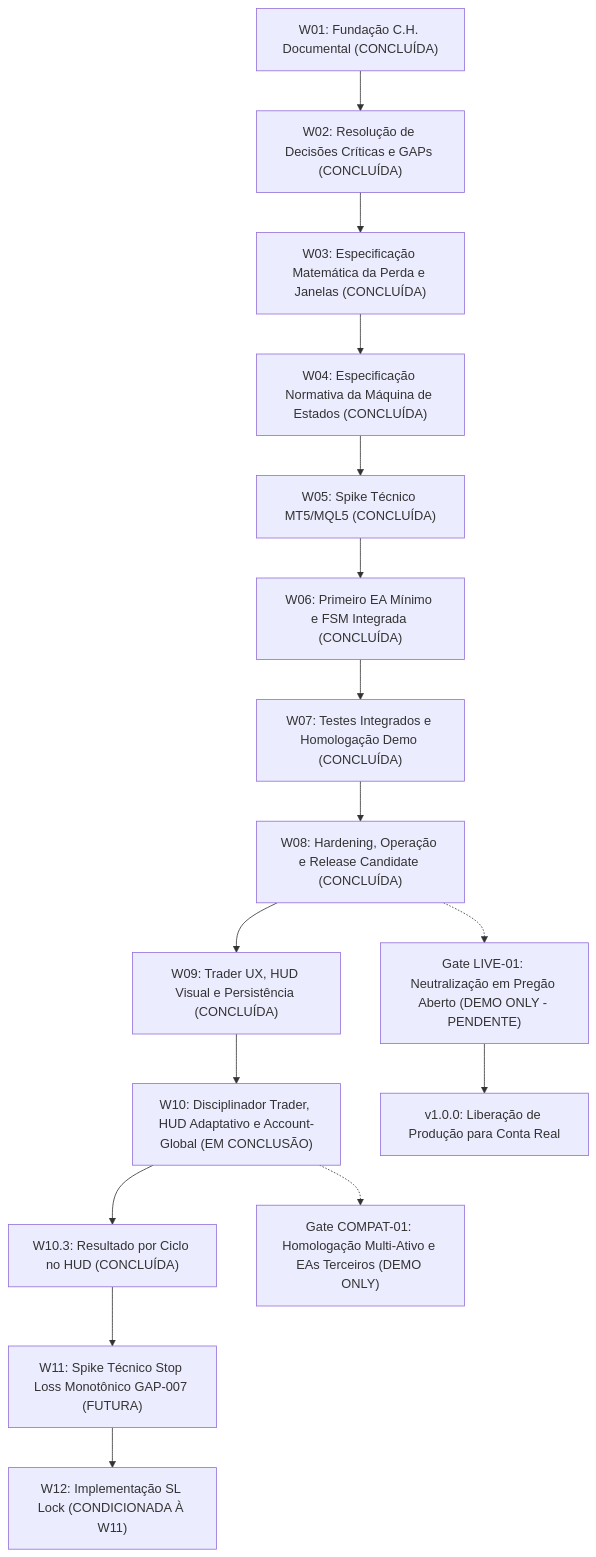
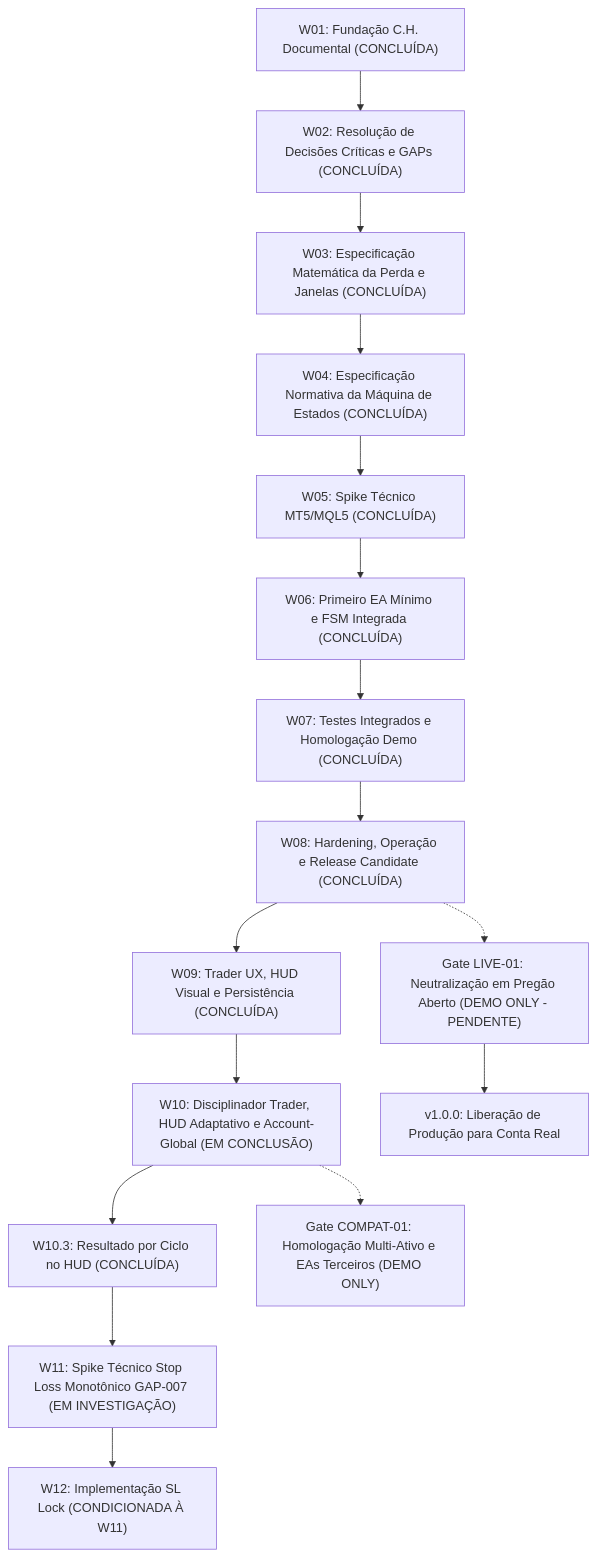
One commit to hallanbrito/eddytrader changed the diagram in docs/09-ROADMAP.md. Above: the diagram before and after it, drawn with Mermaid. The commit also changed other lines of this file and 5 other files, not shown here.

Commit message:
research: iniciar spike W11 de SL monotônico

````diff
--- a/docs/09-ROADMAP.md
+++ b/docs/09-ROADMAP.md
@@ -9,18 +9,18 @@
 ```mermaid
 flowchart TD
     W01["W01: Fundação C.H. Documental (CONCLUÍDA)"] --> W02["W02: Resolução de Decisões Críticas e GAPs (CONCLUÍDA)"]
     W02 --> W03["W03: Especificação Matemática da Perda e Janelas (CONCLUÍDA)"]
     W03 --> W04["W04: Especificação Normativa da Máquina de Estados (CONCLUÍDA)"]
     W04 --> W05["W05: Spike Técnico MT5/MQL5 (CONCLUÍDA)"]
     W05 --> W06["W06: Primeiro EA Mínimo e FSM Integrada (CONCLUÍDA)"]
     W06 --> W07["W07: Testes Integrados e Homologação Demo (CONCLUÍDA)"]
     W07 --> W08["W08: Hardening, Operação e Release Candidate (CONCLUÍDA)"]
     W08 --> W09["W09: Trader UX, HUD Visual e Persistência (CONCLUÍDA)"]
     W09 --> W10["W10: Disciplinador Trader, HUD Adaptativo e Account-Global (EM CONCLUSÃO)"]
     W10 --> W103["W10.3: Resultado por Ciclo no HUD (CONCLUÍDA)"]
-    W103 --> W11["W11: Spike Técnico Stop Loss Monotônico GAP-007 (FUTURA)"]
+    W103 --> W11["W11: Spike Técnico Stop Loss Monotônico GAP-007 (EM INVESTIGAÇÃO)"]
     W11 --> W12["W12: Implementação SL Lock (CONDICIONADA À W11)"]
     W10 -.-> COMPAT01["Gate COMPAT-01: Homologação Multi-Ativo e EAs Terceiros (DEMO ONLY)"]
     W08 -.-> LIVE01["Gate LIVE-01: Neutralização em Pregão Aberto (DEMO ONLY - PENDENTE)"]
     LIVE01 --> V10["v1.0.0: Liberação de Produção para Conta Real"]
 ```
````
